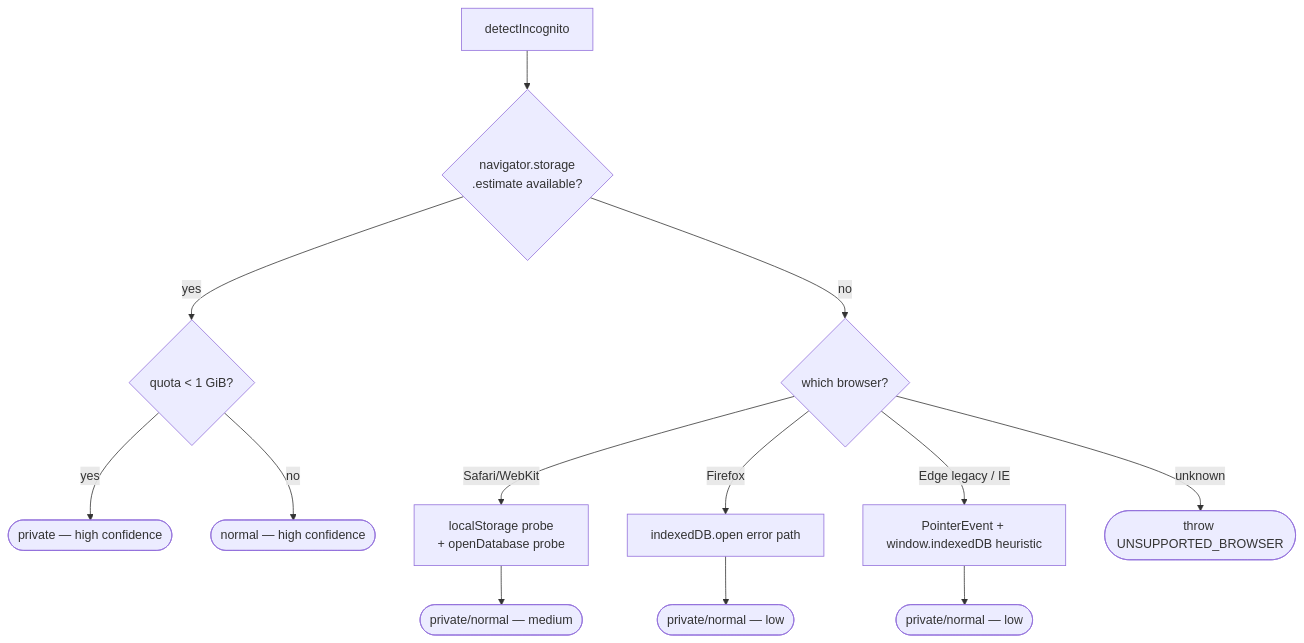
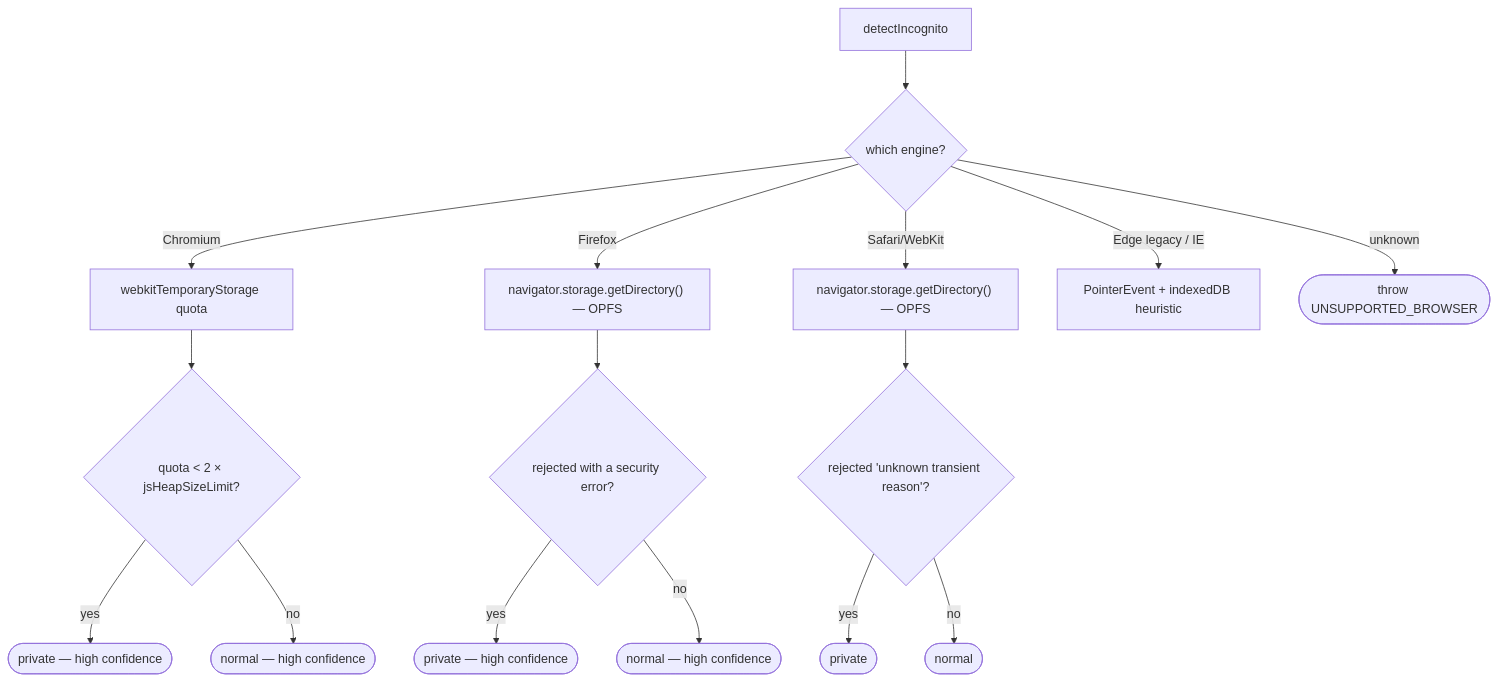
Before and after one commit to yankouskia/is-incognito-mode: the diagram in README.md, drawn with Mermaid. The commit also changed other lines of this file and 10 other files, not shown here.

````diff
--- a/README.md
+++ b/README.md
@@ -113,15 +113,18 @@
 ```mermaid
 flowchart TD
-    A[detectIncognito] --> B{navigator.storage<br/>.estimate available?}
-    B -- yes --> C{quota &lt; 1 GiB?}
-    C -- yes --> R1([private — high confidence])
-    C -- no --> R2([normal — high confidence])
-    B -- no --> D{which browser?}
-    D -- Safari/WebKit --> E[localStorage probe<br/>+ openDatabase probe]
-    D -- Firefox --> F[indexedDB.open error path]
-    D -- Edge legacy / IE --> G[PointerEvent + window.indexedDB heuristic]
+    A[detectIncognito] --> D{which engine?}
+    D -- Chromium --> C1[webkitTemporaryStorage quota]
+    C1 --> C2{quota &lt; 2 × jsHeapSizeLimit?}
+    C2 -- yes --> R1([private — high confidence])
+    C2 -- no --> R2([normal — high confidence])
+    D -- Firefox --> F1["navigator.storage.getDirectory() — OPFS"]
+    F1 --> F2{rejected with a security error?}
+    F2 -- yes --> R3([private — high confidence])
+    F2 -- no --> R4([normal — high confidence])
+    D -- Safari/WebKit --> S1["navigator.storage.getDirectory() — OPFS"]
+    S1 --> S2{rejected 'unknown transient reason'?}
+    S2 -- yes --> R5([private])
+    S2 -- no --> R6([normal])
+    D -- Edge legacy / IE --> G[PointerEvent + indexedDB heuristic]
     D -- unknown --> X([throw UNSUPPORTED_BROWSER])
-    E --> R3([private/normal — medium])
-    F --> R4([private/normal — low])
-    G --> R5([private/normal — low])
 ```
````
